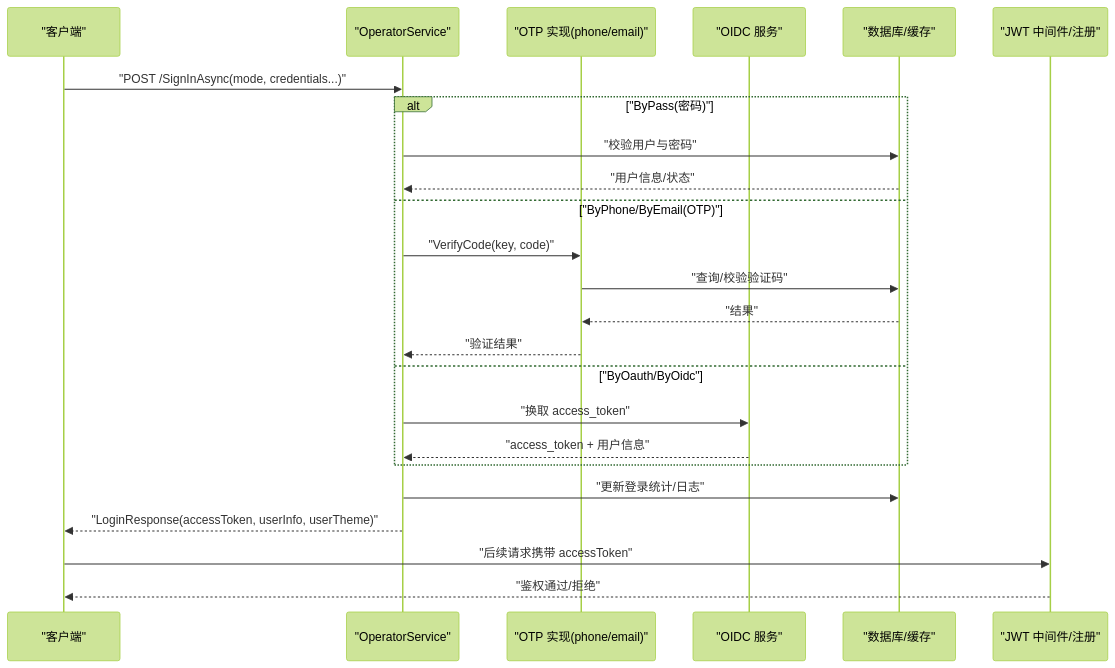
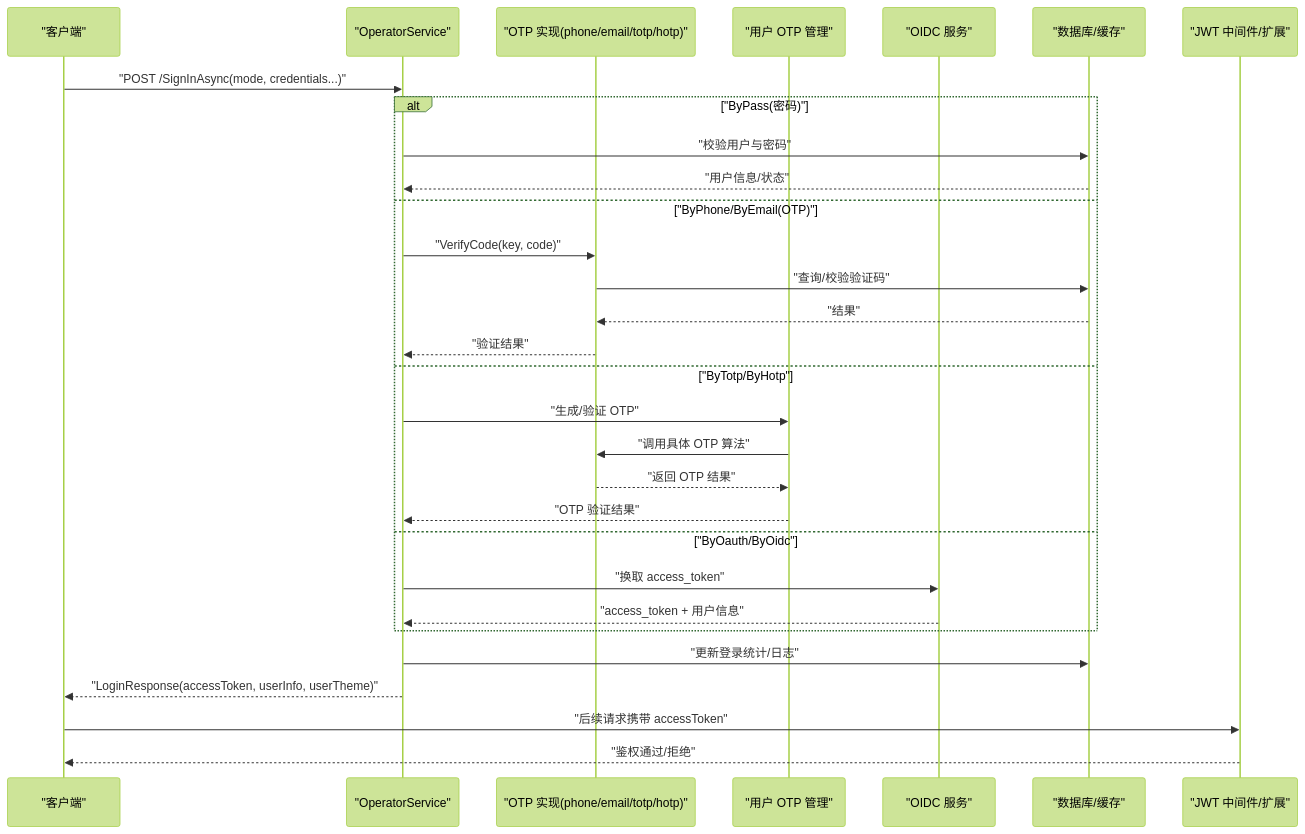
One commit to leadiot/Scm.Net changed the second of 7 diagrams in .qoder/repowiki/zh/content/用户认证系统/用户认证系统.md. Above: the diagram before and after it, drawn with Mermaid (forest theme). The commit also changed other lines of this file and 126 other files, not shown here.

````diff
--- a/.qoder/repowiki/zh/content/用户认证系统/用户认证系统.md
+++ b/.qoder/repowiki/zh/content/用户认证系统/用户认证系统.md
@@ -118,26 +153,32 @@
 ```mermaid
 sequenceDiagram
 participant Client as "客户端"
 participant OP as "OperatorService"
-participant OTP as "OTP 实现(phone/email)"
+participant OTP as "OTP 实现(phone/email/totp/hotp)"
+participant USEROTP as "用户 OTP 管理"
 participant OIDC as "OIDC 服务"
 participant DB as "数据库/缓存"
-participant JWT as "JWT 中间件/注册"
+participant JWT as "JWT 中间件/扩展"
 Client->>OP : "POST /SignInAsync(mode, credentials...)"
 alt "ByPass(密码)"
 OP->>DB : "校验用户与密码"
 DB-->>OP : "用户信息/状态"
 else "ByPhone/ByEmail(OTP)"
 OP->>OTP : "VerifyCode(key, code)"
 OTP->>DB : "查询/校验验证码"
 DB-->>OTP : "结果"
 OTP-->>OP : "验证结果"
+else "ByTotp/ByHotp"
+OP->>USEROTP : "生成/验证 OTP"
+USEROTP->>OTP : "调用具体 OTP 算法"
+OTP-->>USEROTP : "返回 OTP 结果"
+USEROTP-->>OP : "OTP 验证结果"
 else "ByOauth/ByOidc"
 OP->>OIDC : "换取 access_token"
 OIDC-->>OP : "access_token + 用户信息"
 end
 OP->>DB : "更新登录统计/日志"
 OP-->>Client : "LoginResponse(accessToken, userInfo, userTheme)"
 Client->>JWT : "后续请求携带 accessToken"
 JWT-->>Client : "鉴权通过/拒绝"
 ```
````
